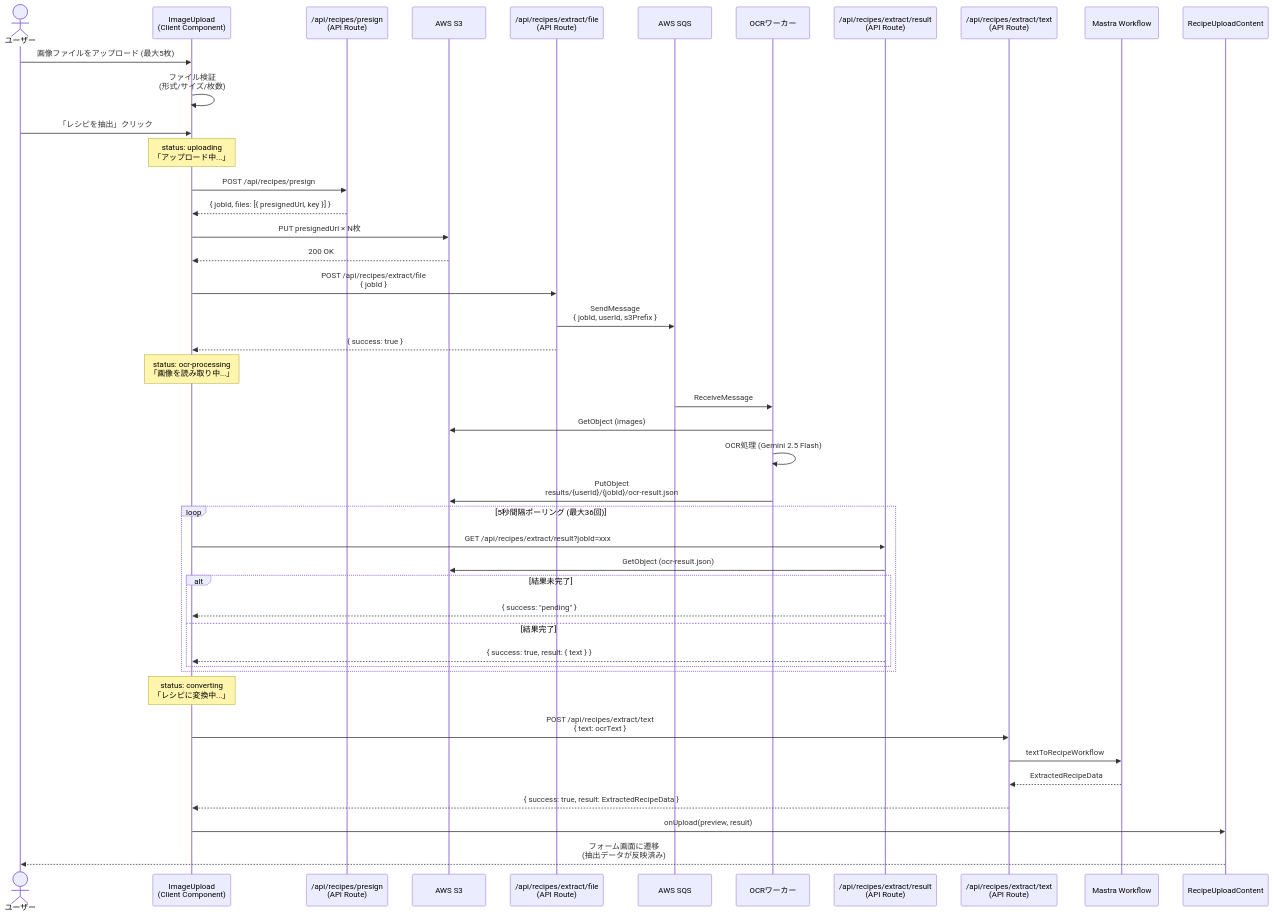
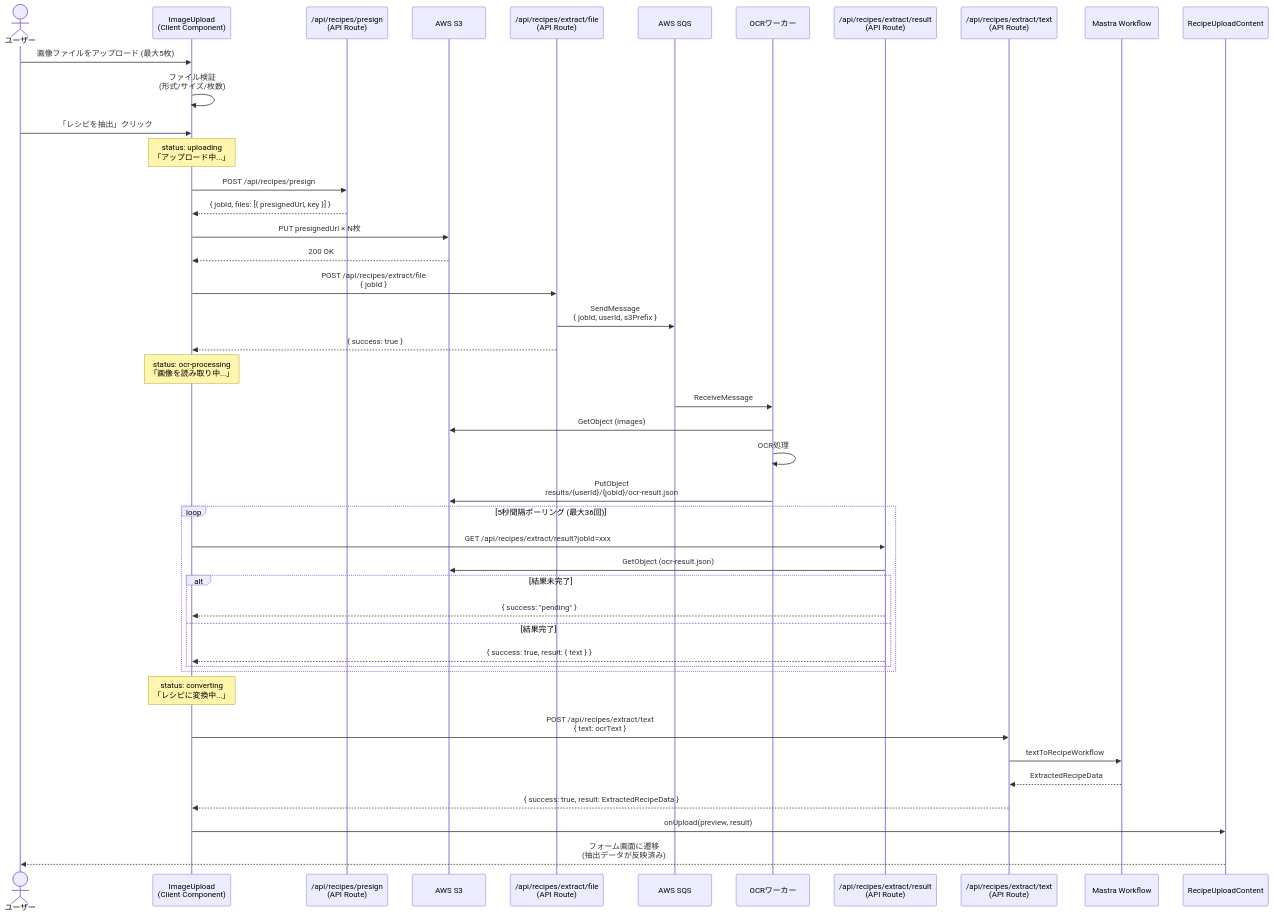
Before and after one commit to RyotaAbe1014/CookScan: the first of 2 diagrams in cook-scan/docs/usecase/ocr-extraction.md, drawn with Mermaid. The commit also changed other lines of this file and 3 other files, not shown here.

````diff
--- a/cook-scan/docs/usecase/ocr-extraction.md
+++ b/cook-scan/docs/usecase/ocr-extraction.md
@@ -146,57 +138,57 @@
 ```mermaid
 sequenceDiagram
     actor User as ユーザー
     participant IU as ImageUpload<br/>(Client Component)
     participant Presign as /api/recipes/presign<br/>(API Route)
     participant S3 as AWS S3
     participant Enqueue as /api/recipes/extract/file<br/>(API Route)
     participant SQS as AWS SQS
     participant Worker as OCRワーカー
     participant Poll as /api/recipes/extract/result<br/>(API Route)
     participant Text as /api/recipes/extract/text<br/>(API Route)
     participant MW as Mastra Workflow
     participant UC as RecipeUploadContent
 
     User->>IU: 画像ファイルをアップロード (最大5枚)
     IU->>IU: ファイル検証<br/>(形式/サイズ/枚数)
 
     User->>IU: 「レシピを抽出」クリック
     Note over IU: status: uploading<br/>「アップロード中...」
 
     IU->>Presign: POST /api/recipes/presign
     Presign-->>IU: { jobId, files: [{ presignedUrl, key }] }
 
     IU->>S3: PUT presignedUrl × N枚
     S3-->>IU: 200 OK
 
     IU->>Enqueue: POST /api/recipes/extract/file<br/>{ jobId }
     Enqueue->>SQS: SendMessage<br/>{ jobId, userId, s3Prefix }
     Enqueue-->>IU: { success: true }
 
     Note over IU: status: ocr-processing<br/>「画像を読み取り中...」
 
     SQS->>Worker: ReceiveMessage
     Worker->>S3: GetObject (images)
-    Worker->>Worker: OCR処理 (Gemini 2.5 Flash)
+    Worker->>Worker: OCR処理
     Worker->>S3: PutObject<br/>results/{userId}/{jobId}/ocr-result.json
 
     loop 5秒間隔ポーリング (最大36回)
         IU->>Poll: GET /api/recipes/extract/result?jobId=xxx
         Poll->>S3: GetObject (ocr-result.json)
         alt 結果未完了
             Poll-->>IU: { success: "pending" }
         else 結果完了
             Poll-->>IU: { success: true, result: { text } }
         end
     end
 
     Note over IU: status: converting<br/>「レシピに変換中...」
 
     IU->>Text: POST /api/recipes/extract/text<br/>{ text: ocrText }
     Text->>MW: textToRecipeWorkflow
     MW-->>Text: ExtractedRecipeData
     Text-->>IU: { success: true, result: ExtractedRecipeData }
 
     IU->>UC: onUpload(preview, result)
     UC-->>User: フォーム画面に遷移<br/>(抽出データが反映済み)
 ```
````
